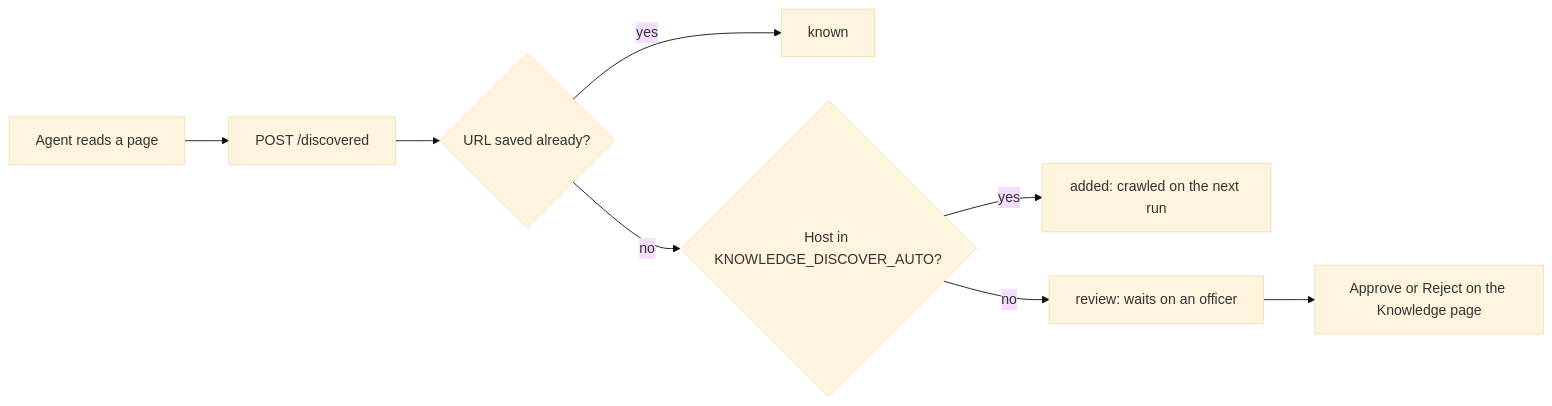
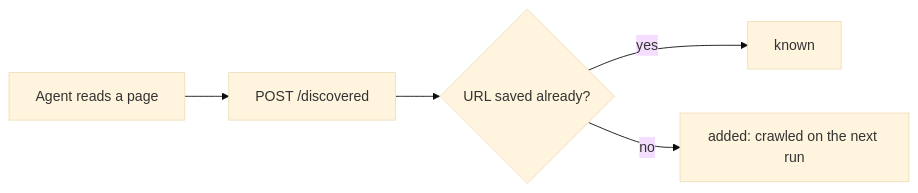
The second of 3 diagrams in docs/modules/knowledge.md (asusoda/platform), drawn with Mermaid (base theme) before and after one commit. The commit also changed other lines of this file and 14 other files, not shown here.

First line of the commit message:
Save every page an agent reads, with no review

````diff
--- a/docs/modules/knowledge.md
+++ b/docs/modules/knowledge.md
@@ -80,10 +80,7 @@
 ```mermaid
 flowchart LR
   agent["Agent reads a page"] --> post["POST /discovered"]
   post --> known{"URL saved already?"}
   known -- yes --> skip["known"]
-  known -- no --> host{"Host in KNOWLEDGE_DISCOVER_AUTO?"}
-  host -- yes --> crawl["added: crawled on the next run"]
-  host -- no --> review["review: waits on an officer"]
-  review --> officer["Approve or Reject on the Knowledge page"]
+  known -- no --> crawl["added: crawled on the next run"]
 ```
````
